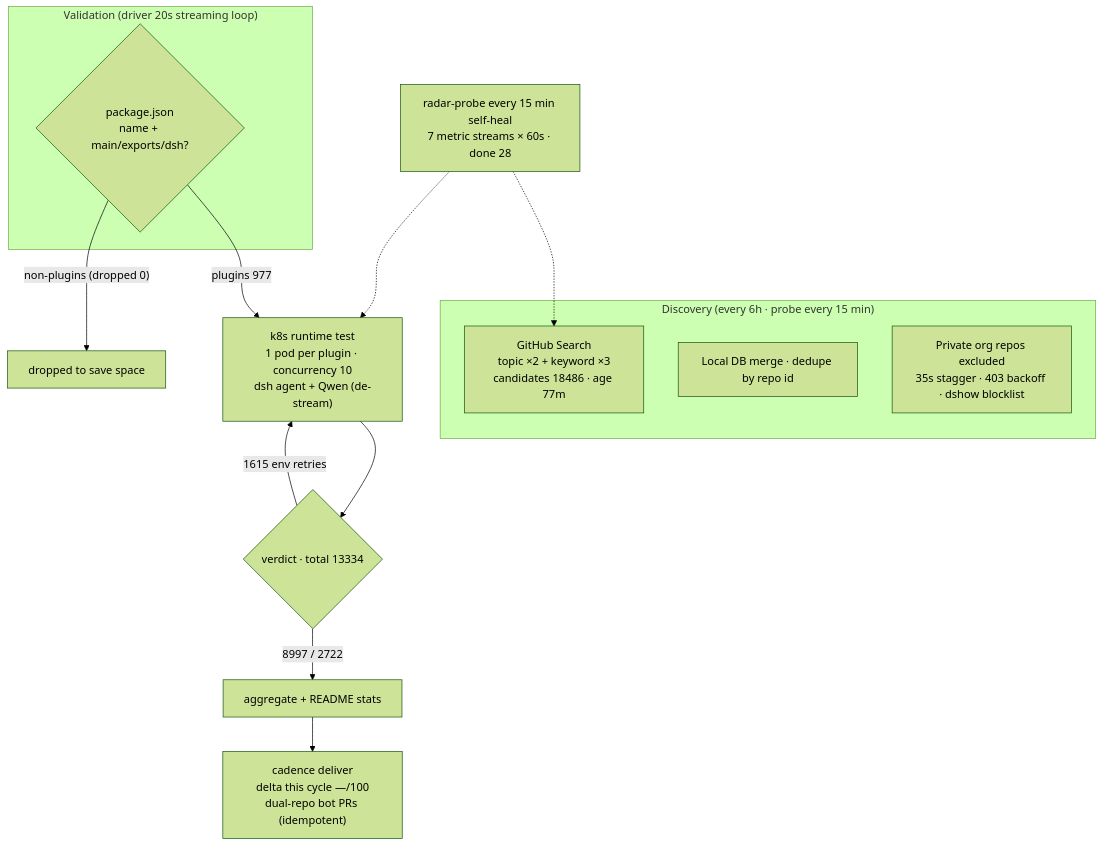
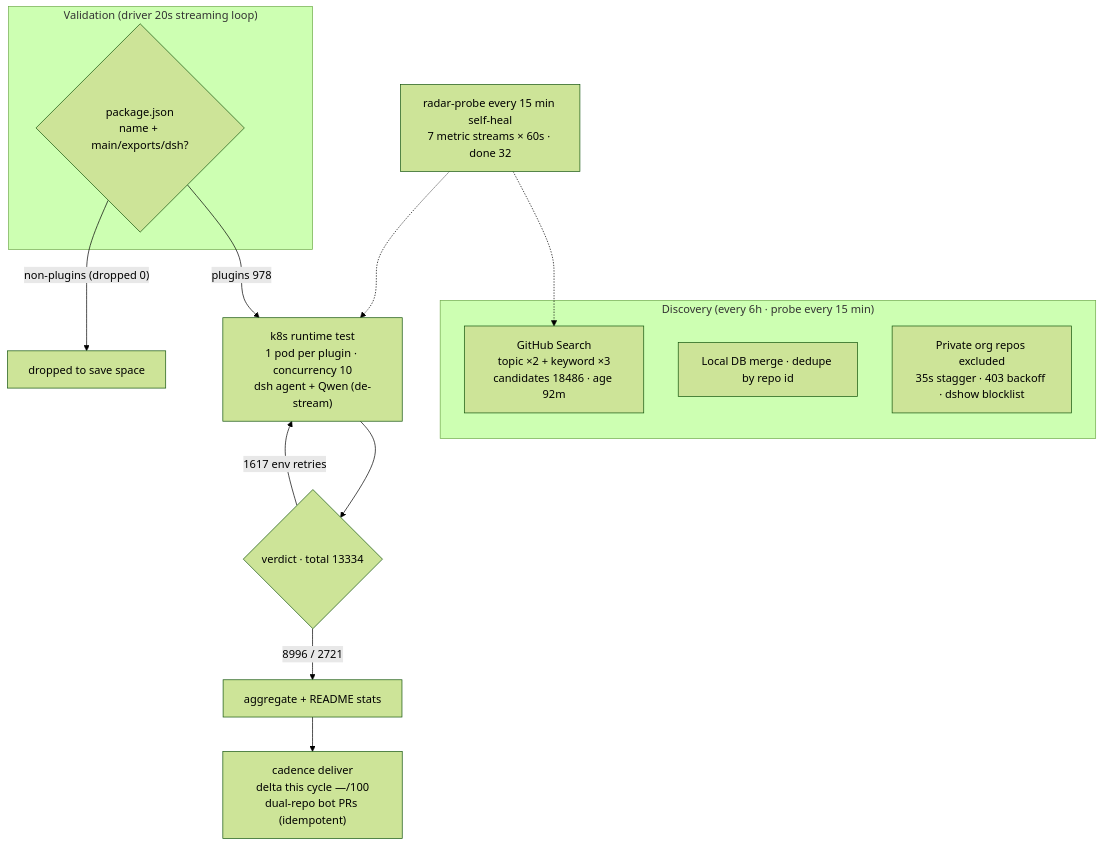
The diagram in README.en-US.md (AdamPlatin123/dsh-plugin-radar), drawn with Mermaid (forest theme) before and after one commit. The commit also changed other lines of this file and 6 other files, not shown here.

````diff
--- a/README.en-US.md
+++ b/README.en-US.md
@@ -45,20 +45,20 @@
 ```mermaid
 flowchart TB
     subgraph Discovery["Discovery (every 6h · probe every 15 min)"]
-        A1["GitHub Search<br/>topic ×2 + keyword ×3<br/>candidates 18486 · age 77m"]
+        A1["GitHub Search<br/>topic ×2 + keyword ×3<br/>candidates 18486 · age 92m"]
         A2["Local DB merge · dedupe by repo id"]
         A3["Private org repos excluded<br/>35s stagger · 403 backoff · dshow blocklist"]
     end
     subgraph Validation["Validation (driver 20s streaming loop)"]
         B1{"package.json<br/>name + main/exports/dsh?"}
     end
-    B1 -->|"plugins 977"| C1["k8s runtime test<br/>1 pod per plugin · concurrency 10<br/>dsh agent + Qwen (de-stream)"]
+    B1 -->|"plugins 978"| C1["k8s runtime test<br/>1 pod per plugin · concurrency 10<br/>dsh agent + Qwen (de-stream)"]
     B1 -->|"non-plugins (dropped 0)"| B3["dropped to save space"]
     C1 --> D1{"verdict · total 13334"}
-    D1 -->|"8997 / 2722"| E1["aggregate + README stats"]
-    D1 -->|"1615 env retries"| C1
+    D1 -->|"8996 / 2721"| E1["aggregate + README stats"]
+    D1 -->|"1617 env retries"| C1
     E1 --> E2["cadence deliver<br/>delta this cycle —/100<br/>dual-repo bot PRs (idempotent)"]
-    M["radar-probe every 15 min self-heal<br/>7 metric streams × 60s · done 28"]
+    M["radar-probe every 15 min self-heal<br/>7 metric streams × 60s · done 32"]
     M -.-> A1
     M -.-> C1
 ```
````
